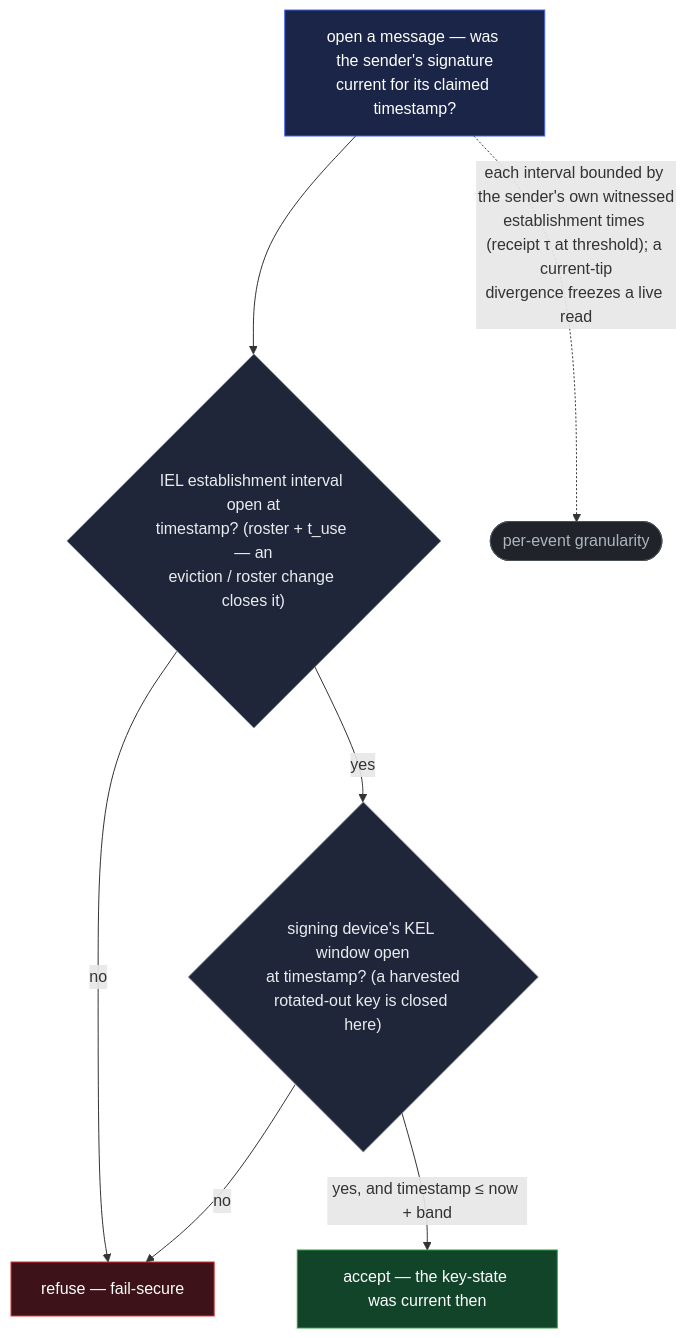
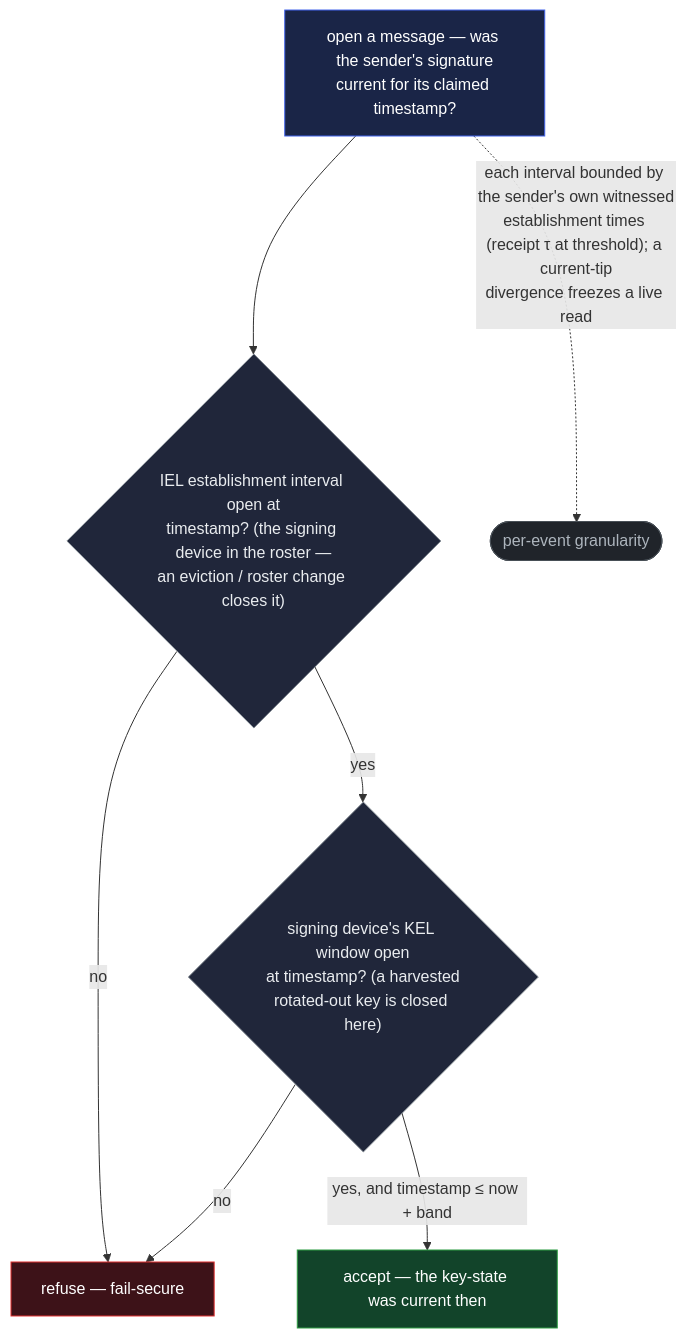
Before and after one commit to jasoncolburne/vdti: the first of 2 diagrams in docs/design/features/exchange.md, drawn with Mermaid. The commit also changed other lines of this file and 79 other files, not shown here.

````diff
--- a/docs/design/features/exchange.md
+++ b/docs/design/features/exchange.md
@@ -123,15 +139,15 @@
 ```mermaid
 flowchart TD
   msg["open a message — was the sender's signature<br/>current for its claimed timestamp?"]:::start
-  msg --> iel{"IEL establishment interval open at<br/>timestamp? (roster + t_use — an<br/>eviction / roster change closes it)"}:::qq
+  msg --> iel{"IEL establishment interval open at<br/>timestamp? (the signing device in the roster —<br/>an eviction / roster change closes it)"}:::qq
   iel -->|no| rej["refuse — fail-secure"]:::bad
   iel -->|yes| kel{"signing device's KEL window open<br/>at timestamp? (a harvested<br/>rotated-out key is closed here)"}:::qq
   kel -->|no| rej
   kel -->|"yes, and timestamp ≤ now + band"| ok["accept — the key-state was current then"]:::good
   msg -.->|"each interval bounded by the sender's own witnessed<br/>establishment times (receipt τ at threshold); a current-tip<br/>divergence freezes a live read"| note(["per-event granularity"]):::note
   classDef start fill:#1a2547,stroke:#4263eb,color:#fff
   classDef qq fill:#20263a,stroke:#868e96,color:#e9ecef
   classDef good fill:#12442a,stroke:#2f9e44,color:#fff
   classDef bad fill:#3d1218,stroke:#e03131,color:#fff
   classDef note fill:#20242a,stroke:#495057,color:#adb5bd
 ```
````
